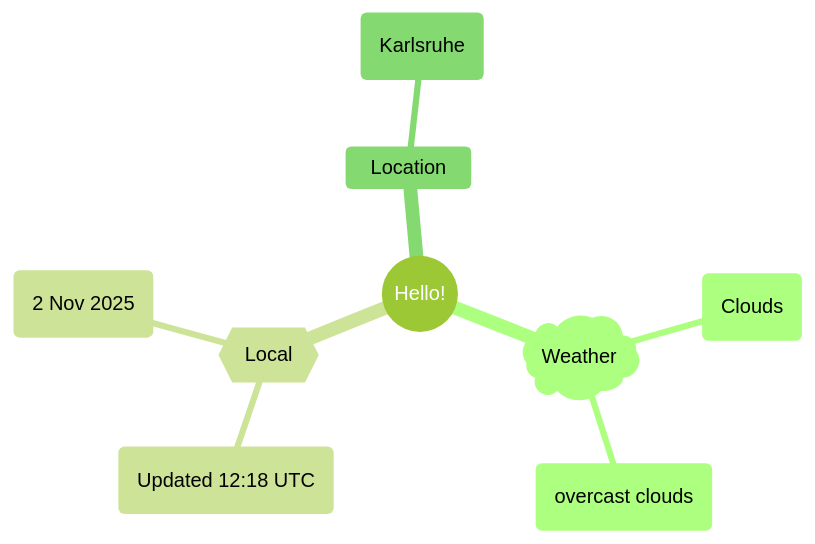
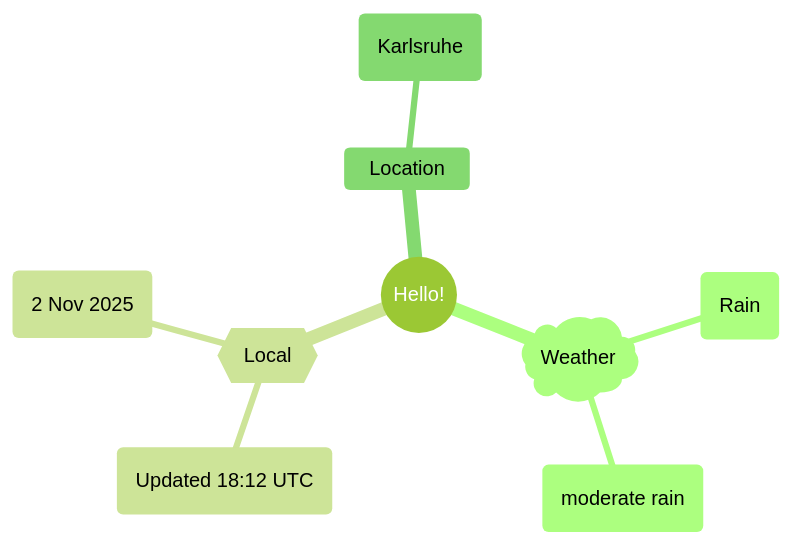
Before and after one commit to Xosrov/Xosrov: the first of 2 diagrams in README.md, drawn with Mermaid (forest theme).

Commit message:
[bot] updated images

````diff
--- a/README.md
+++ b/README.md
@@ -3,12 +3,12 @@
 ```mermaid
 mindmap
   root((Hello!))
     )Weather(
-        (Clouds)
-        (overcast clouds)
+        (Rain)
+        (moderate rain)
     {{Local}}
-        (Updated 12:18 UTC)
+        (Updated 18:12 UTC)
         (2 Nov 2025)
     Location
         (Karlsruhe)
 ```
````
